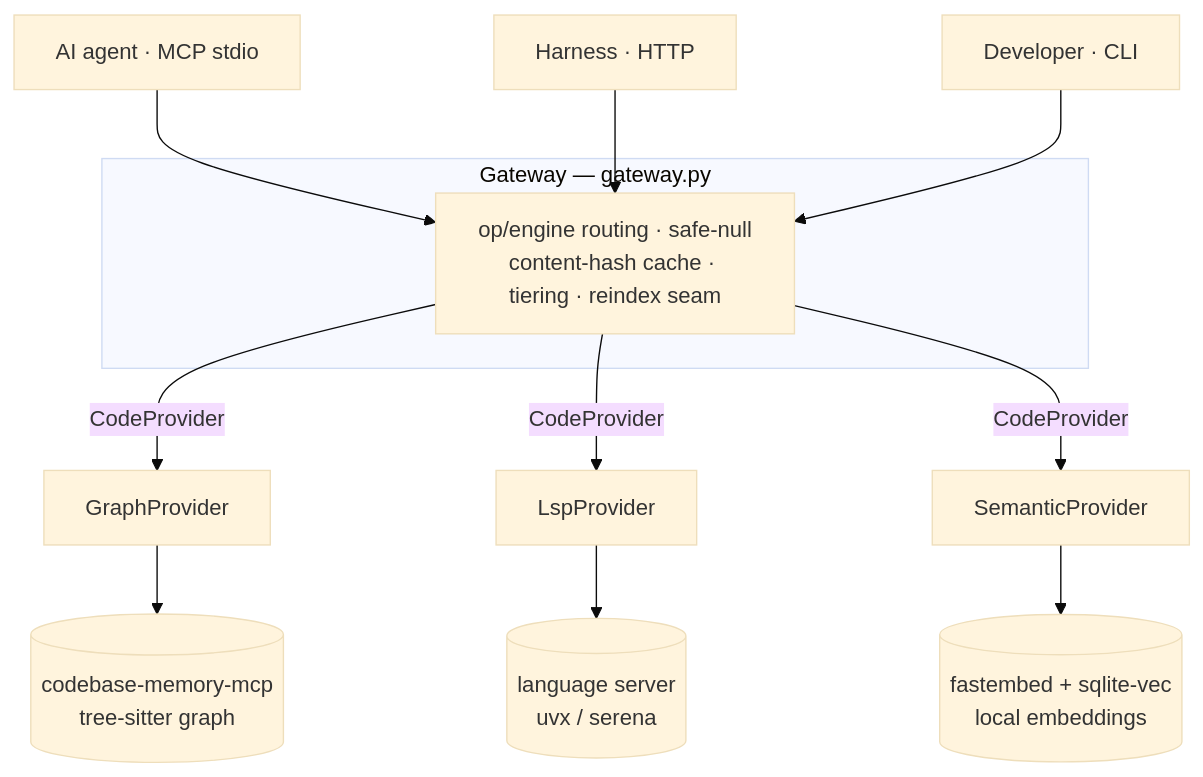
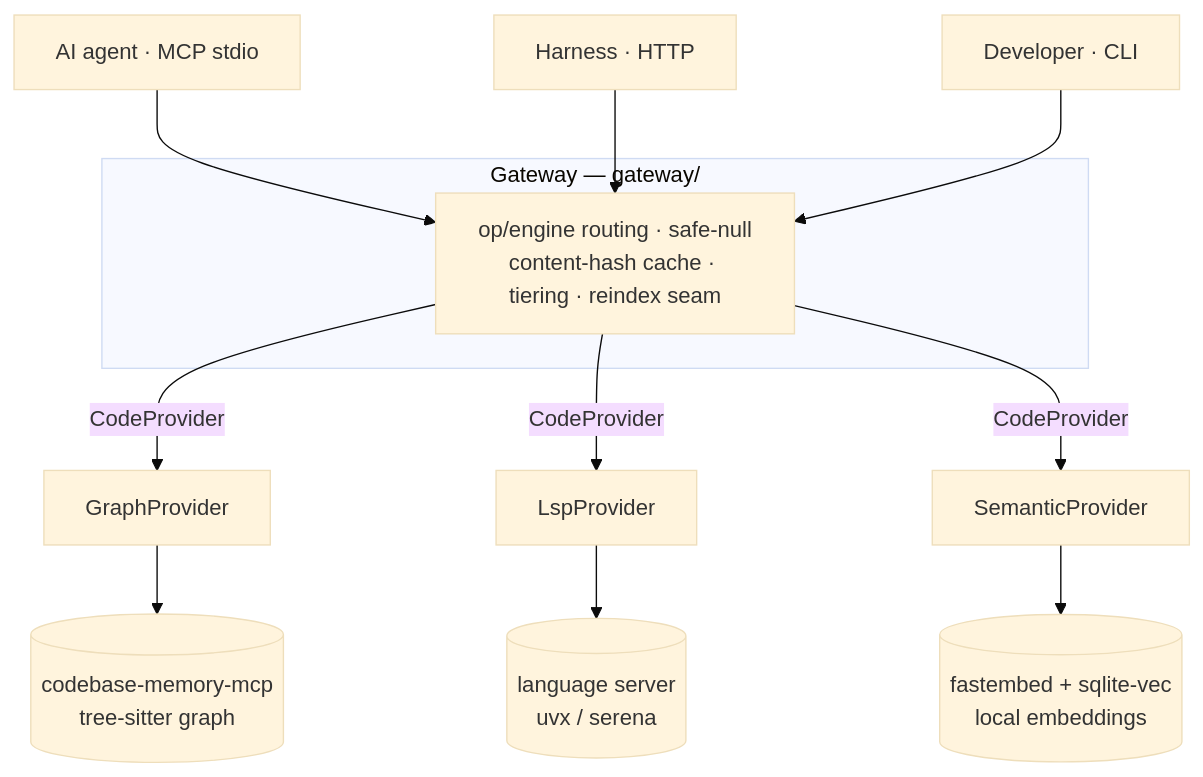
One commit to hamilton-sky/codeintel changed the first of 3 diagrams in docs/architecture.md. Above: the diagram before and after it, drawn with Mermaid (base theme). The commit also changed other lines of this file and 252 other files, not shown here.

````diff
--- a/docs/architecture.md
+++ b/docs/architecture.md
@@ -29,15 +29,15 @@
 ```mermaid
 flowchart TD
     A["AI agent · MCP stdio"] --> GW
     H["Harness · HTTP"] --> GW
     C["Developer · CLI"] --> GW
-    subgraph Gateway["Gateway — gateway.py"]
+    subgraph Gateway["Gateway — gateway/"]
       GW["op/engine routing · safe-null<br/>content-hash cache · tiering · reindex seam"]
     end
     GW -->|CodeProvider| GP[GraphProvider]
     GW -->|CodeProvider| LP[LspProvider]
     GW -->|CodeProvider| SP[SemanticProvider]
     GP --> GB[("codebase-memory-mcp<br/>tree-sitter graph")]
     LP --> LB[("language server<br/>uvx / serena")]
     SP --> SB[("fastembed + sqlite-vec<br/>local embeddings")]
 ```
````
